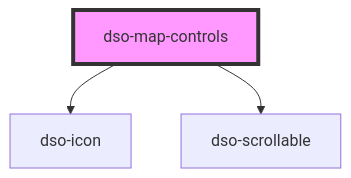
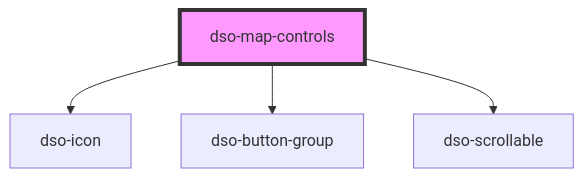
The diagram in packages/core/src/components/map-controls/readme.md (dso-toolkit/dso-toolkit), drawn with Mermaid before and after one commit. The commit also changed other lines of this file and 30 other files, not shown here.

Commit message:
#3258 [Added] Button: Variant "Map" en nieuw component "Button Group"

````diff
--- a/packages/core/src/components/map-controls/readme.md
+++ b/packages/core/src/components/map-controls/readme.md
@@ -52,6 +53,7 @@
 ```mermaid
 graph TD;
   dso-map-controls --> dso-icon
+  dso-map-controls --> dso-button-group
   dso-map-controls --> dso-scrollable
   style dso-map-controls fill:#f9f,stroke:#333,stroke-width:4px
 ```
````
